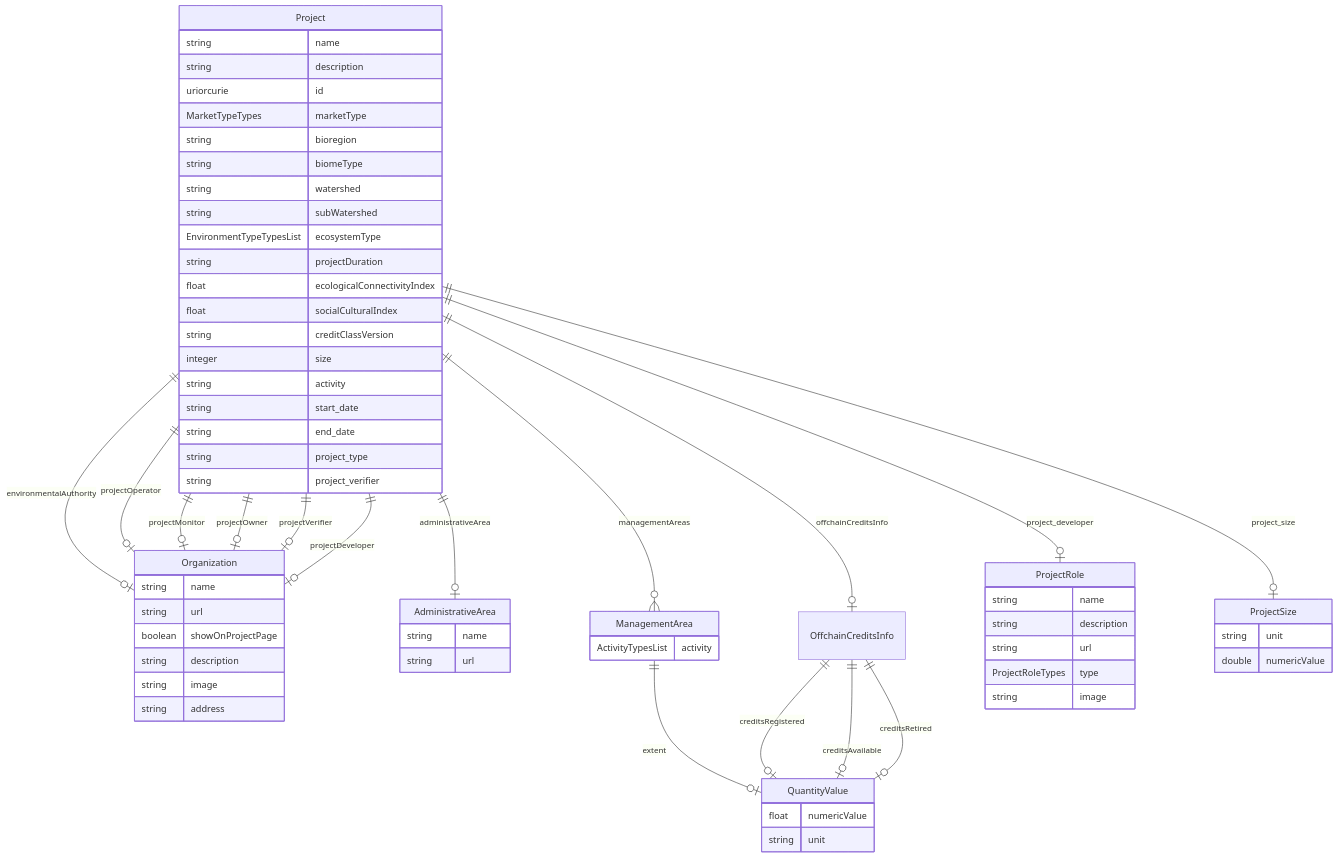
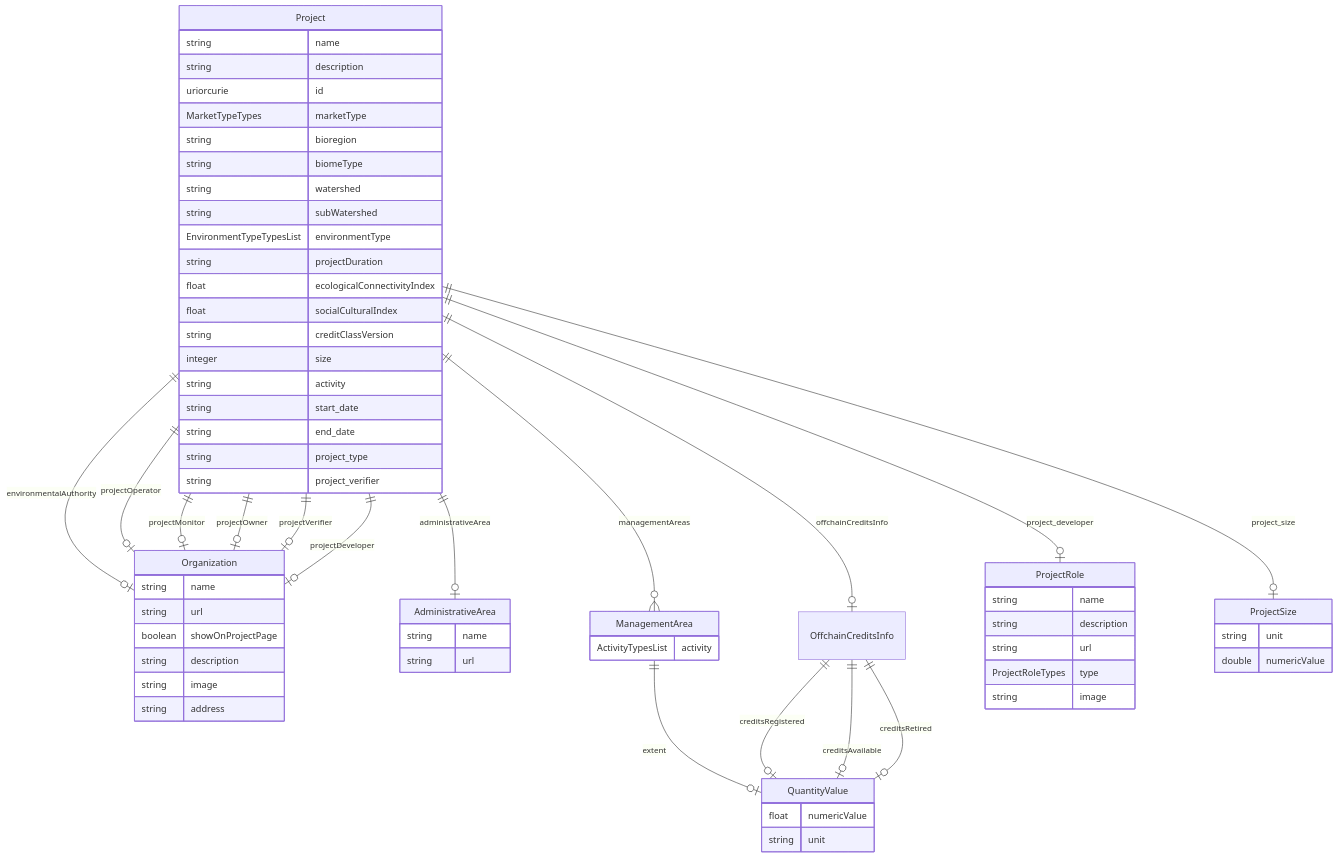
One commit to regen-network/regen-data-standards changed the diagram in schema/generated/Project.md. Above: the diagram before and after it, drawn with Mermaid. The commit also changed other lines of this file and 16 other files, not shown here.

Commit message:
change ecosystemType to environmentType

````diff
--- a/schema/generated/Project.md
+++ b/schema/generated/Project.md
@@ -11,74 +11,74 @@
 ```mermaid
 erDiagram
 Project {
     string name  
     string description  
     uriorcurie id  
     MarketTypeTypes marketType  
     string bioregion  
     string biomeType  
     string watershed  
     string subWatershed  
-    EnvironmentTypeTypesList ecosystemType  
+    EnvironmentTypeTypesList environmentType  
     string projectDuration  
     float ecologicalConnectivityIndex  
     float socialCulturalIndex  
     string creditClassVersion  
     integer size  
     string activity  
     string start_date  
     string end_date  
     string project_type  
     string project_verifier  
 }
 Organization {
     string name  
     string url  
     boolean showOnProjectPage  
     string description  
     string image  
     string address  
 }
 AdministrativeArea {
     string name  
     string url  
 }
 ManagementArea {
     ActivityTypesList activity  
 }
 QuantityValue {
     float numericValue  
     string unit  
 }
 OffchainCreditsInfo {
 
 }
 ProjectRole {
     string name  
     string description  
     string url  
     ProjectRoleTypes type  
     string image  
 }
 ProjectSize {
     string unit  
     double numericValue  
 }
 
 Project ||--|o ProjectSize : "project_size"
 Project ||--|o ProjectRole : "project_developer"
 Project ||--|o Organization : "environmentalAuthority"
 Project ||--|o OffchainCreditsInfo : "offchainCreditsInfo"
 Project ||--}o ManagementArea : "managementAreas"
 Project ||--|o AdministrativeArea : "administrativeArea"
 Project ||--|o Organization : "projectOperator"
 Project ||--|o Organization : "projectMonitor"
 Project ||--|o Organization : "projectOwner"
 Project ||--|o Organization : "projectVerifier"
 Project ||--|o Organization : "projectDeveloper"
 ManagementArea ||--|o QuantityValue : "extent"
 OffchainCreditsInfo ||--|o QuantityValue : "creditsRegistered"
 OffchainCreditsInfo ||--|o QuantityValue : "creditsAvailable"
 OffchainCreditsInfo ||--|o QuantityValue : "creditsRetired"
 
 ```
````
